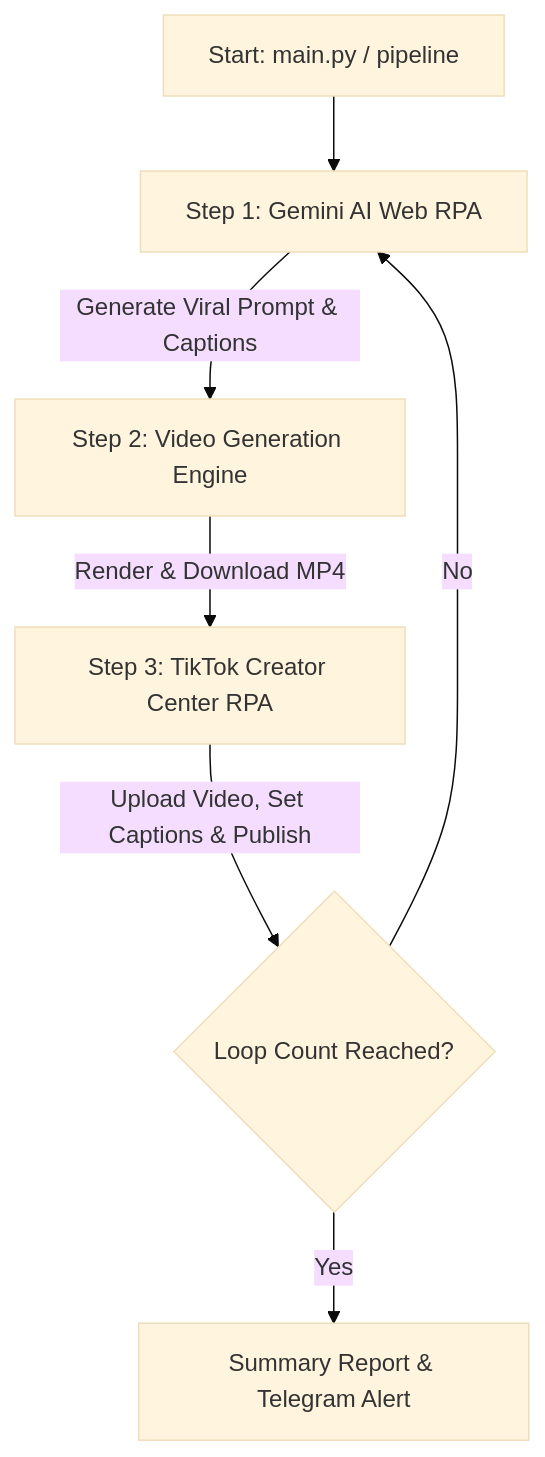
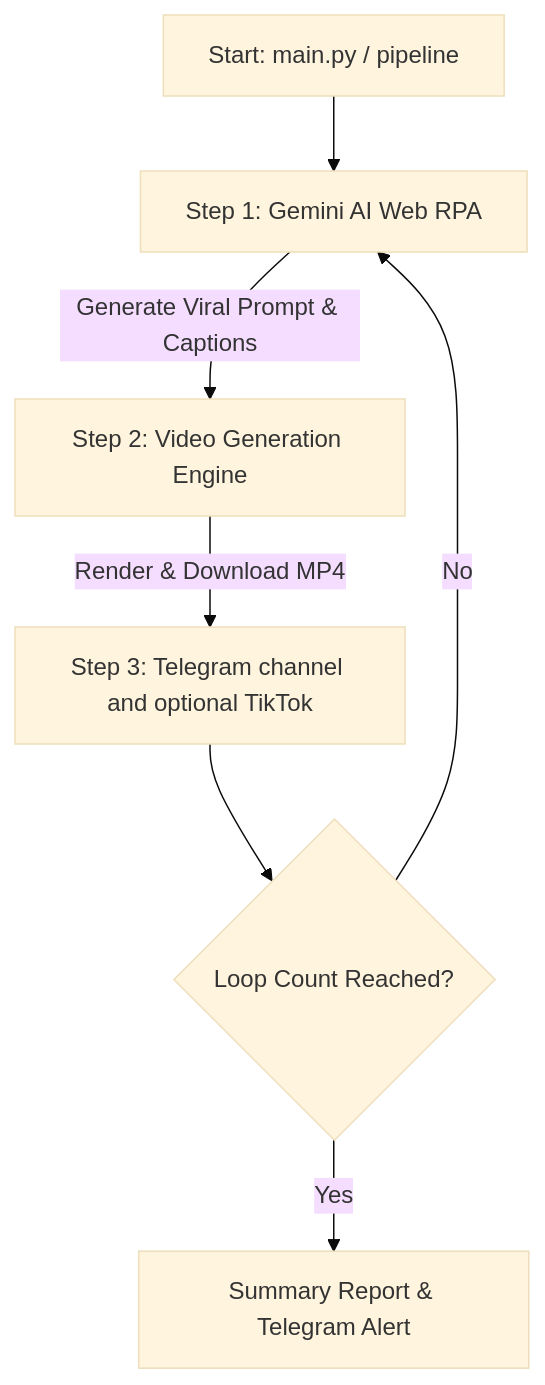
Before and after one commit to ronnysoares51/auto_video: the diagram in README.md, drawn with Mermaid (base theme). The commit also changed other lines of this file and 8 other files, not shown here.

Commit message:
Publish generated videos automatically to Telegram channels

````diff
--- a/README.md
+++ b/README.md
@@ -14,9 +14,9 @@
 ```mermaid
 graph TD
     A[Start: main.py / pipeline] --> B[Step 1: Gemini AI Web RPA]
     B -->|Generate Viral Prompt & Captions| C[Step 2: Video Generation Engine]
-    C -->|Render & Download MP4| D[Step 3: TikTok Creator Center RPA]
-    D -->|Upload Video, Set Captions & Publish| E{Loop Count Reached?}
+    C -->|Render & Download MP4| D[Step 3: Telegram channel and optional TikTok]
+    D --> E{Loop Count Reached?}
     E -- No --> B
     E -- Yes --> F[Summary Report & Telegram Alert]
 ```
````
